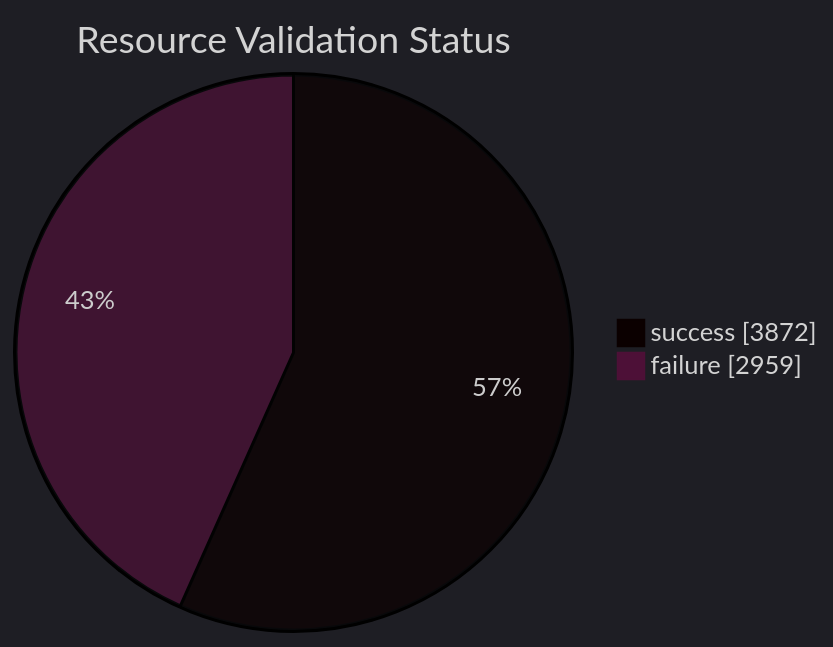
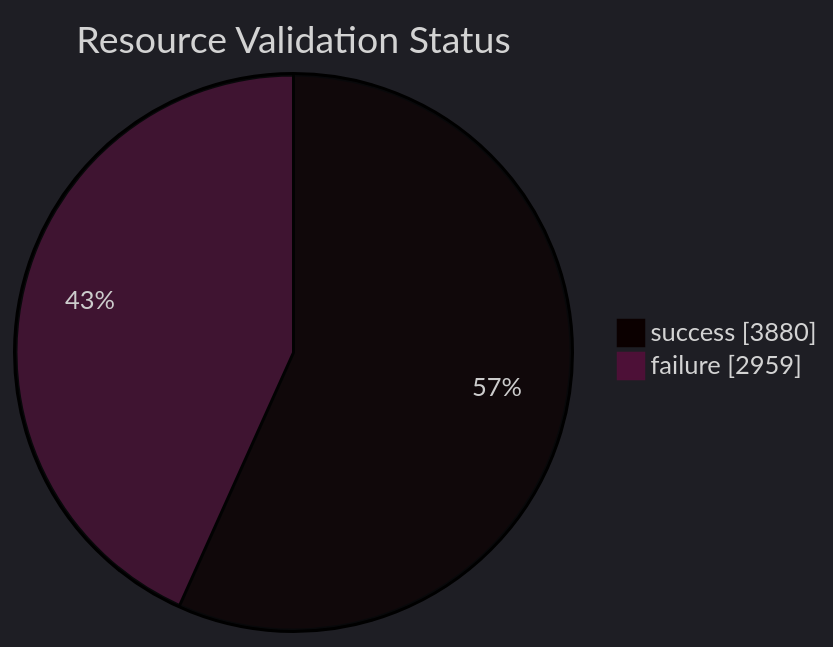
Before and after one commit to open-data/analytics-corporate-reporting: the diagram in datastore_tracker/resource_validation_status_pie_chart.md, drawn with Mermaid. The commit also changed 9 other files, not shown here.

````diff
--- a/datastore_tracker/resource_validation_status_pie_chart.md
+++ b/datastore_tracker/resource_validation_status_pie_chart.md
@@ -2,9 +2,9 @@
 ```mermaid
 ---
 config:
   theme: dark
 ---
 pie showData title Resource Validation Status
-    "success": 3872
+    "success": 3880
     "failure": 2959
 ```
````
